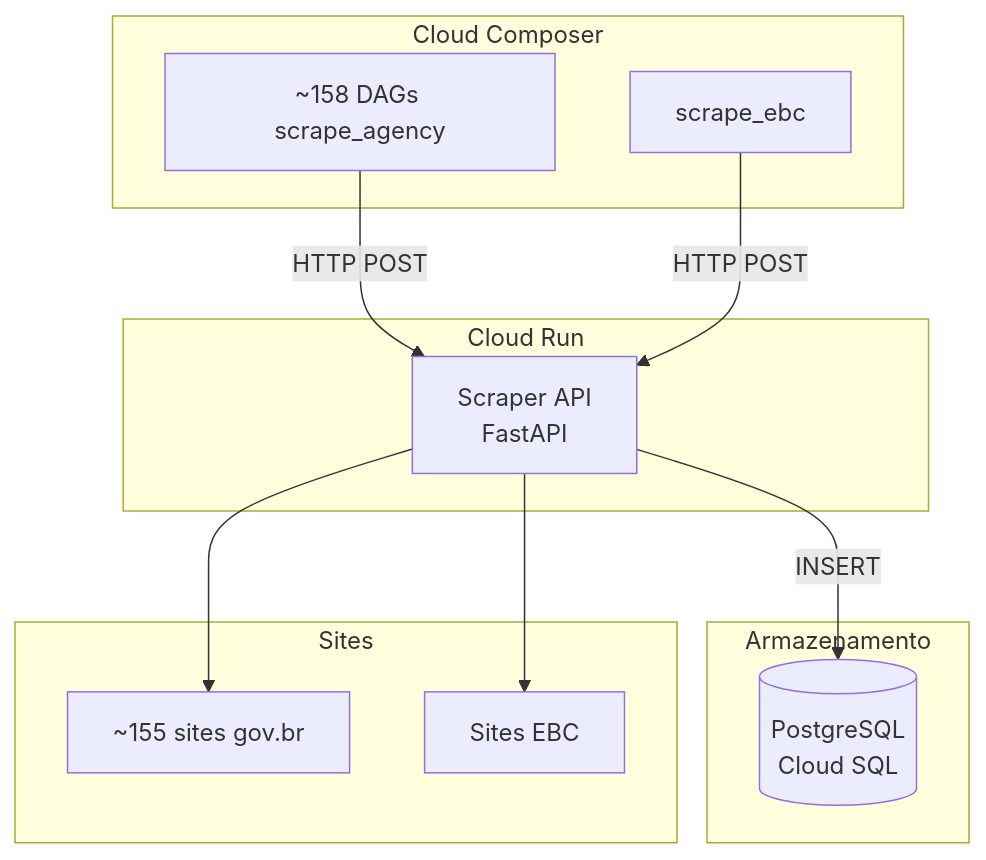
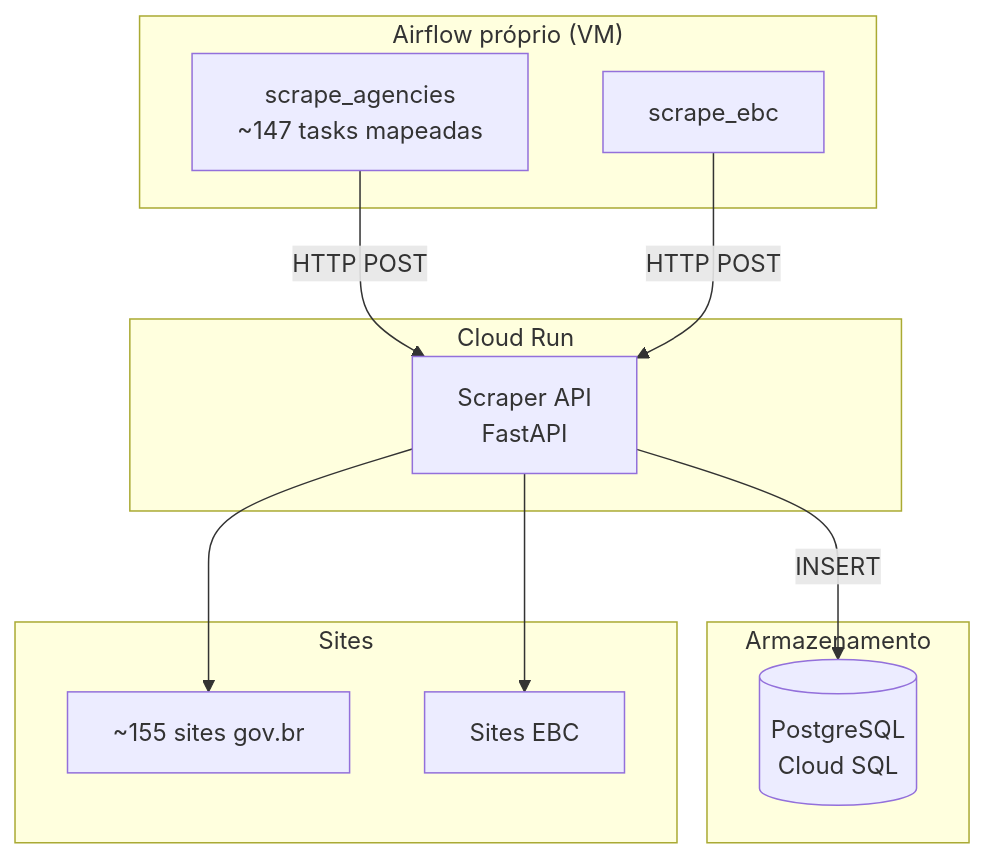
One commit to destaquesgovbr/docs changed the diagram in docs/modulos/scraper.md. Above: the diagram before and after it, drawn with Mermaid. The commit also changed other lines of this file and 8 other files, not shown here.

First line of the commit message:
docs: orquestração no Airflow próprio da VM e scraping numa DAG a cada 2 h (#57)

````diff
--- a/docs/modulos/scraper.md
+++ b/docs/modulos/scraper.md
@@ -24,26 +24,26 @@
 ```mermaid
 graph TB
-    subgraph "Cloud Composer"
-        DAG1[~158 DAGs scrape_agency]
+    subgraph "Airflow próprio (VM)"
+        DAG1[scrape_agencies<br/>~147 tasks mapeadas]
         DAG2[scrape_ebc]
     end
 
     subgraph "Cloud Run"
         API[Scraper API<br/>FastAPI]
     end
 
     subgraph "Armazenamento"
         PG[(PostgreSQL<br/>Cloud SQL)]
     end
 
     subgraph "Sites"
         GOV[~155 sites gov.br]
         EBC[Sites EBC]
     end
 
     DAG1 -->|HTTP POST| API
     DAG2 -->|HTTP POST| API
     API --> GOV
     API --> EBC
     API -->|INSERT| PG
 ```
````
